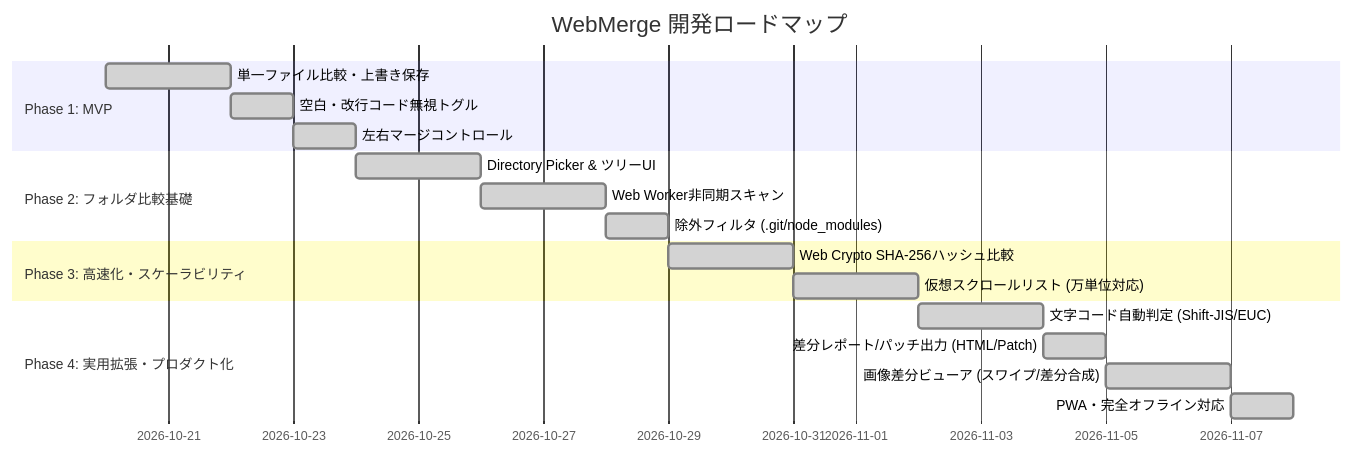
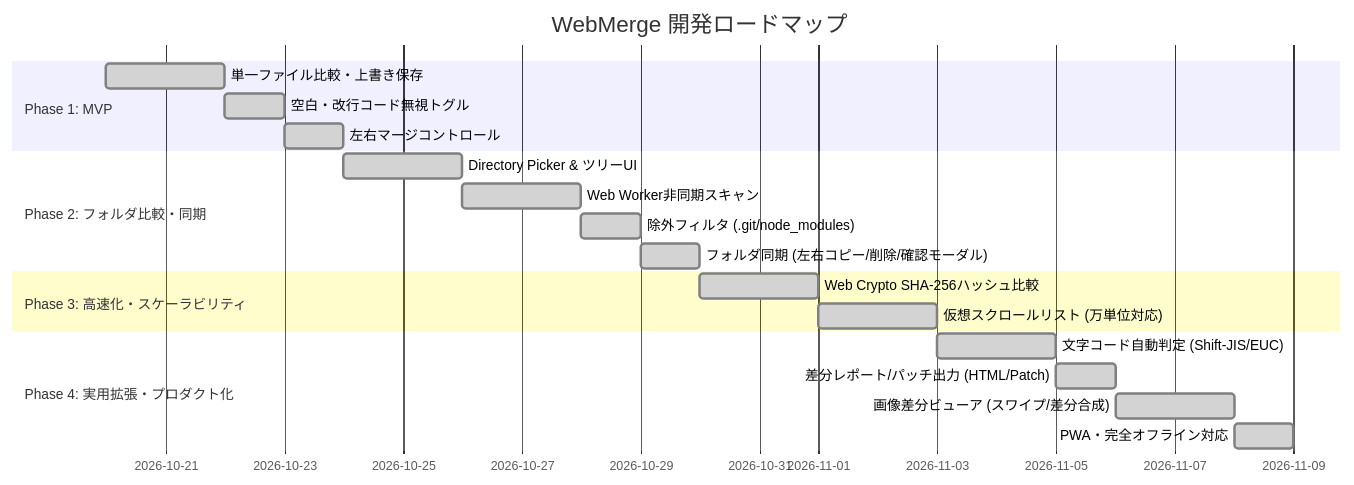
The first of 2 diagrams in docs/FEASIBILITY_AND_PLAN_ja.md (mahorobalab/web-merge), drawn with Mermaid before and after one commit. The commit also changed other lines of this file and 12 other files, not shown here.

````diff
--- a/docs/FEASIBILITY_AND_PLAN_ja.md
+++ b/docs/FEASIBILITY_AND_PLAN_ja.md
@@ -95,21 +95,22 @@
 ```mermaid
 gantt
     title WebMerge 開発ロードマップ
     dateFormat  YYYY-MM-DD
     section Phase 1: MVP
     単一ファイル比較・上書き保存        :done, p1_1, 2026-10-20, 2d
     空白・改行コード無視トグル          :done, p1_2, after p1_1, 1d
     左右マージコントロール             :done, p1_3, after p1_2, 1d
-    section Phase 2: フォルダ比較基礎
+    section Phase 2: フォルダ比較・同期
     Directory Picker & ツリーUI        :done, p2_1, after p1_3, 2d
     Web Worker非同期スキャン          :done, p2_2, after p2_1, 2d
     除外フィルタ (.git/node_modules)   :done, p2_3, after p2_2, 1d
+    フォルダ同期 (左右コピー/削除/確認モーダル) :done, p2_4, after p2_3, 1d
     section Phase 3: 高速化・スケーラビリティ
-    Web Crypto SHA-256ハッシュ比較    :done, p3_1, after p2_3, 2d
+    Web Crypto SHA-256ハッシュ比較    :done, p3_1, after p2_4, 2d
     仮想スクロールリスト (万単位対応)   :done, p3_2, after p3_1, 2d
     section Phase 4: 実用拡張・プロダクト化
     文字コード自動判定 (Shift-JIS/EUC) :done, p4_1, after p3_2, 2d
     差分レポート/パッチ出力 (HTML/Patch):done, p4_2, after p4_1, 1d
     画像差分ビューア (スワイプ/差分合成):done, p4_3, after p4_2, 2d
     PWA・完全オフライン対応            :done, p4_4, after p4_3, 1d
 ```
````
